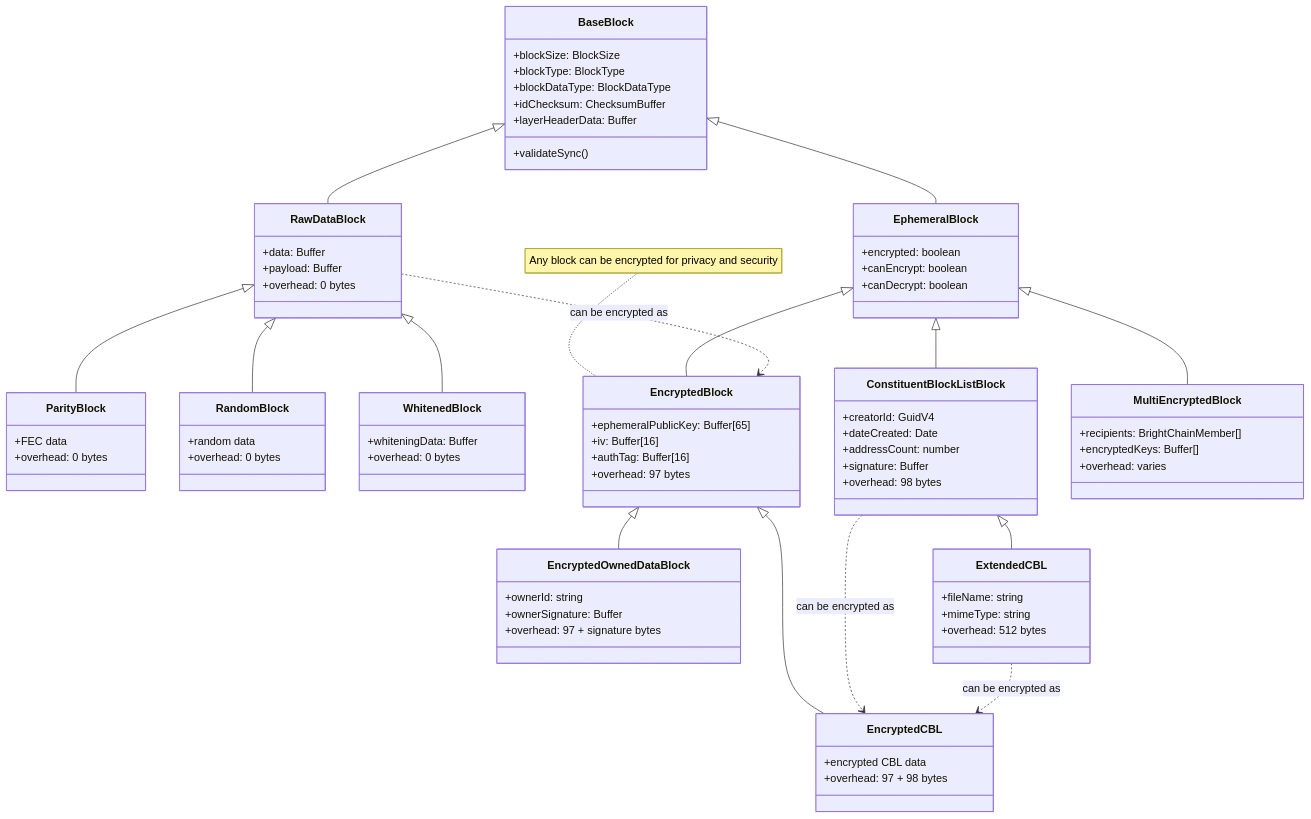
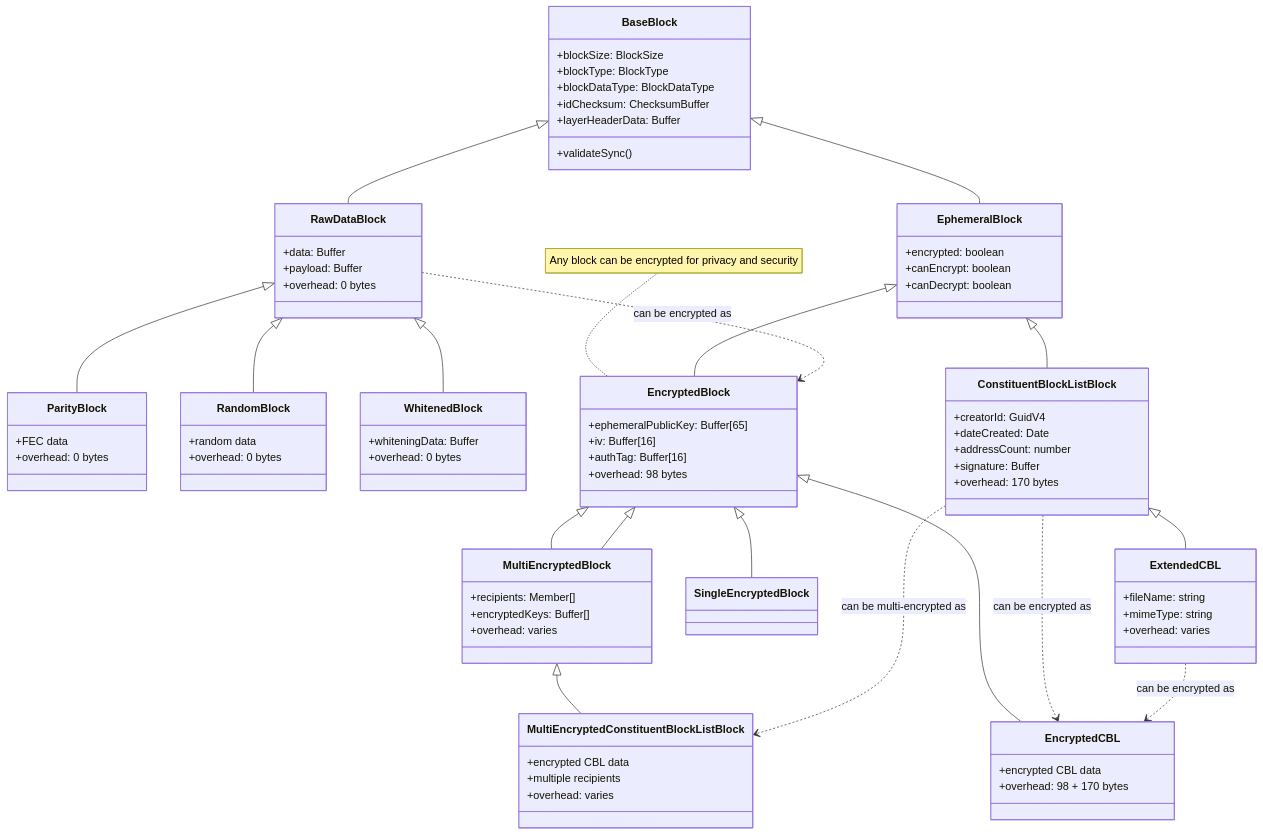
Before and after one commit to Digital-Defiance/BrightChain: the first of 2 diagrams in docs/blockHierarchy.md, drawn with Mermaid. The commit also changed other lines of this file and 781 other files, not shown here.

```diff
--- a/docs/blockHierarchy.md
+++ b/docs/blockHierarchy.md
@@ -137,13 +155,16 @@
     RawDataBlock <|-- WhitenedBlock
     EphemeralBlock <|-- EncryptedBlock
     EphemeralBlock <|-- ConstituentBlockListBlock
-    EphemeralBlock <|-- MultiEncryptedBlock
+    EncryptedBlock <|-- MultiEncryptedBlock
+    EncryptedBlock <|-- SingleEncryptedBlock
+    EncryptedBlock <|-- MultiEncryptedBlock
     EncryptedBlock <|-- EncryptedCBL
-    EncryptedBlock <|-- EncryptedOwnedDataBlock
     ConstituentBlockListBlock <|-- ExtendedCBL
+    MultiEncryptedBlock <|-- MultiEncryptedConstituentBlockListBlock
 
     %% Encryption Capabilities
     ConstituentBlockListBlock ..> EncryptedCBL: can be encrypted as
+    ConstituentBlockListBlock ..> MultiEncryptedConstituentBlockListBlock: can be multi-encrypted as
     ExtendedCBL ..> EncryptedCBL: can be encrypted as
     RawDataBlock ..> EncryptedBlock: can be encrypted as
 
@@ -172,7 +193,7 @@
         +ephemeralPublicKey: Buffer[65]
         +iv: Buffer[16]
         +authTag: Buffer[16]
-        +overhead: 97 bytes
+        +overhead: 98 bytes
     }
 
     class ConstituentBlockListBlock {
@@ -180,18 +201,24 @@
         +dateCreated: Date
         +addressCount: number
         +signature: Buffer
-        +overhead: 98 bytes
+        +overhead: 170 bytes
     }
 
     class ExtendedCBL {
         +fileName: string
         +mimeType: string
-        +overhead: 512 bytes
+        +overhead: varies
     }
 
     class MultiEncryptedBlock {
-        +recipients: BrightChainMember[]
+        +recipients: Member[]
         +encryptedKeys: Buffer[]
+        +overhead: varies
+    }
+
+    class MultiEncryptedConstituentBlockListBlock {
+        +encrypted CBL data
+        +multiple recipients
         +overhead: varies
     }
 
@@ -212,13 +239,7 @@
 
     class EncryptedCBL {
         +encrypted CBL data
-        +overhead: 97 + 98 bytes
-    }
-
-    class EncryptedOwnedDataBlock {
-        +ownerId: string
-        +ownerSignature: Buffer
-        +overhead: 97 + signature bytes
+        +overhead: 98 + 170 bytes
     }
 
     %% Note
```
